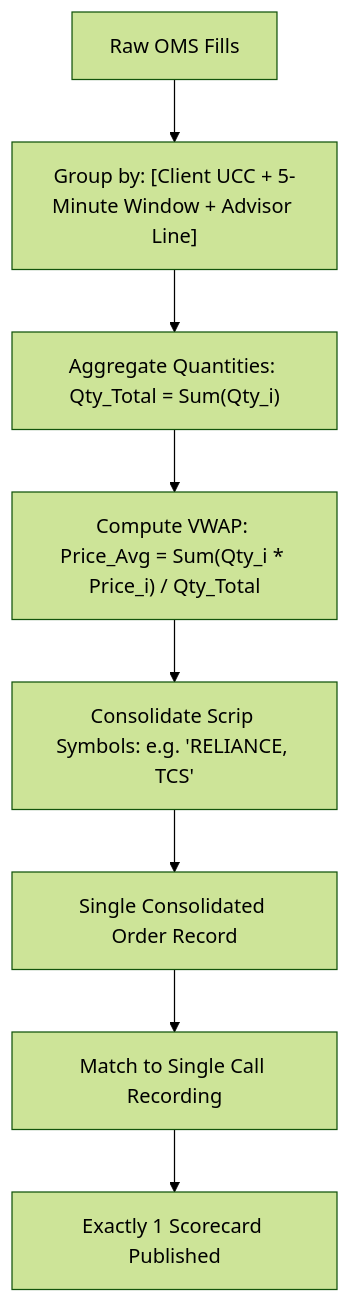
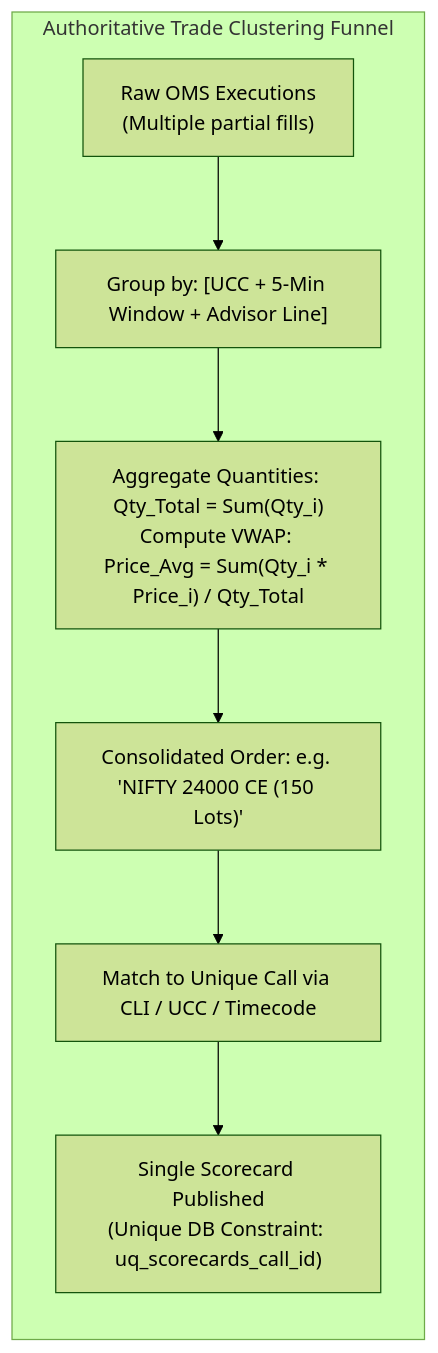
One commit to theaashutoshjha/ADAM changed the sixth of 8 diagrams in ARCHITECTURE.md. Above: the diagram before and after it, drawn with Mermaid (forest theme). The commit also changed other lines of this file and 10 other files, not shown here.

````diff
--- a/ARCHITECTURE.md
+++ b/ARCHITECTURE.md
@@ -179,10 +267,11 @@
 ```mermaid
-graph TD
-    A["Raw OMS Fills"] --> B["Group by: [Client UCC + 5-Minute Window + Advisor Line]"]
-    B --> C["Aggregate Quantities: Qty_Total = Sum(Qty_i)"]
-    C --> D["Compute VWAP: Price_Avg = Sum(Qty_i * Price_i) / Qty_Total"]
-    D --> E["Consolidate Scrip Symbols: e.g. 'RELIANCE, TCS'"]
-    E --> F["Single Consolidated Order Record"]
-    F --> G["Match to Single Call Recording"]
-    G --> H["Exactly 1 Scorecard Published"]
+flowchart LR
+    subgraph CLUSTER_ENGINE["Authoritative Trade Clustering Funnel"]
+        direction TB
+        RAW_FILLS["Raw OMS Executions\n(Multiple partial fills)"] --> GROUP["Group by: [UCC + 5-Min Window + Advisor Line]"]
+        GROUP --> VWAP["Aggregate Quantities: Qty_Total = Sum(Qty_i)\nCompute VWAP: Price_Avg = Sum(Qty_i * Price_i) / Qty_Total"]
+        VWAP --> CONSOLIDATE["Consolidated Order: e.g. 'NIFTY 24000 CE (150 Lots)'"]
+        CONSOLIDATE --> MATCH["Match to Unique Call via CLI / UCC / Timecode"]
+        MATCH --> SCORECARD["Single Scorecard Published\n(Unique DB Constraint: uq_scorecards_call_id)"]
+    end
 ```
````
